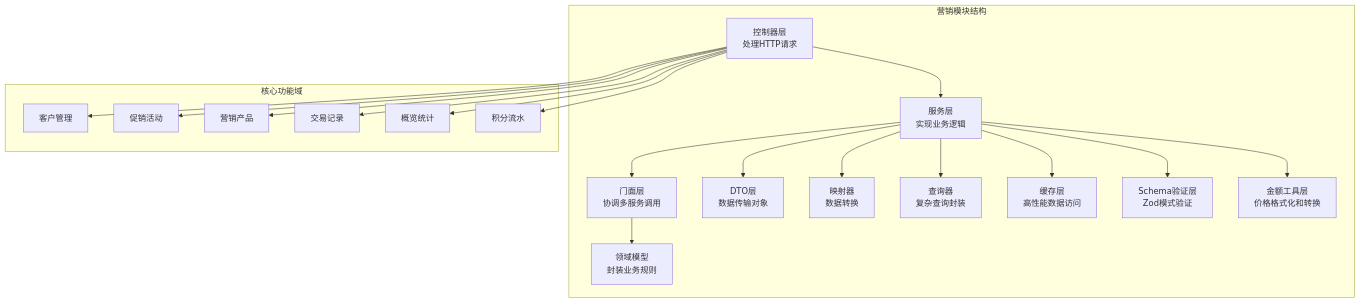
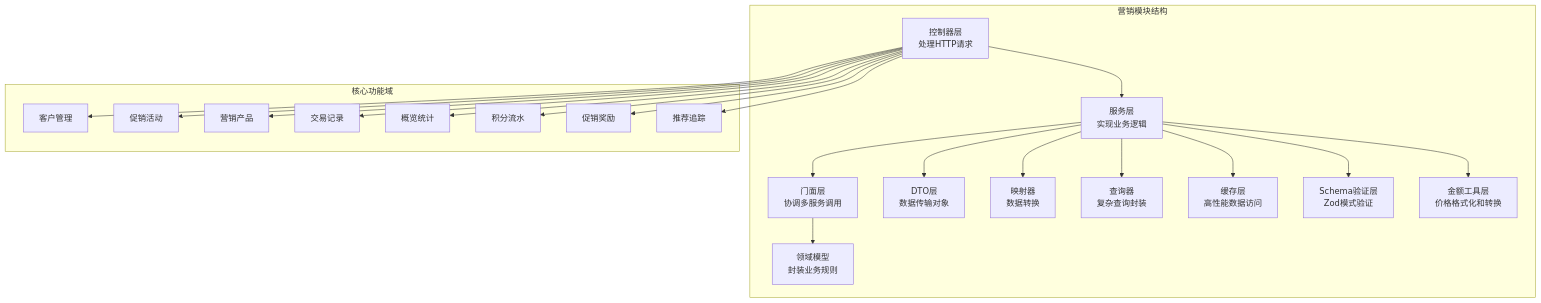
One commit to rc558620/purelyprofit-server changed the first of 54 diagrams in .qoder/repowiki/zh/content/业务模块/营销推广模块/营销推广模块.md. Above: the diagram before and after it, drawn with Mermaid. The commit also changed other lines of this file and 8 other files, not shown here.

````diff
--- a/.qoder/repowiki/zh/content/业务模块/营销推广模块/营销推广模块.md
+++ b/.qoder/repowiki/zh/content/业务模块/营销推广模块/营销推广模块.md
@@ -118,38 +105,42 @@
 ```mermaid
 graph TB
 subgraph "营销模块结构"
 Controllers["控制器层<br/>处理HTTP请求"]
 Services["服务层<br/>实现业务逻辑"]
 Facades["门面层<br/>协调多服务调用"]
 Domain["领域模型<br/>封装业务规则"]
 DTOs["DTO层<br/>数据传输对象"]
 Mappers["映射器<br/>数据转换"]
 Queries["查询器<br/>复杂查询封装"]
 Cache["缓存层<br/>高性能数据访问"]
 Schemas["Schema验证层<br/>Zod模式验证"]
 MoneyUtils["金额工具层<br/>价格格式化和转换"]
 end
 subgraph "核心功能域"
 Customers["客户管理"]
 Promotions["促销活动"]
 Products["营销产品"]
 Transactions["交易记录"]
 Overview["概览统计"]
 PointsRecords["积分流水"]
+PromoRewards["促销奖励"]
+ReferralTracking["推荐追踪"]
 end
 Controllers --> Services
 Services --> Facades
 Facades --> Domain
 Services --> DTOs
 Services --> Mappers
 Services --> Queries
 Services --> Cache
 Services --> Schemas
 Services --> MoneyUtils
 Controllers --> Customers
 Controllers --> Promotions
 Controllers --> Products
 Controllers --> Transactions
 Controllers --> Overview
 Controllers --> PointsRecords
+Controllers --> PromoRewards
+Controllers --> ReferralTracking
 ```
````
